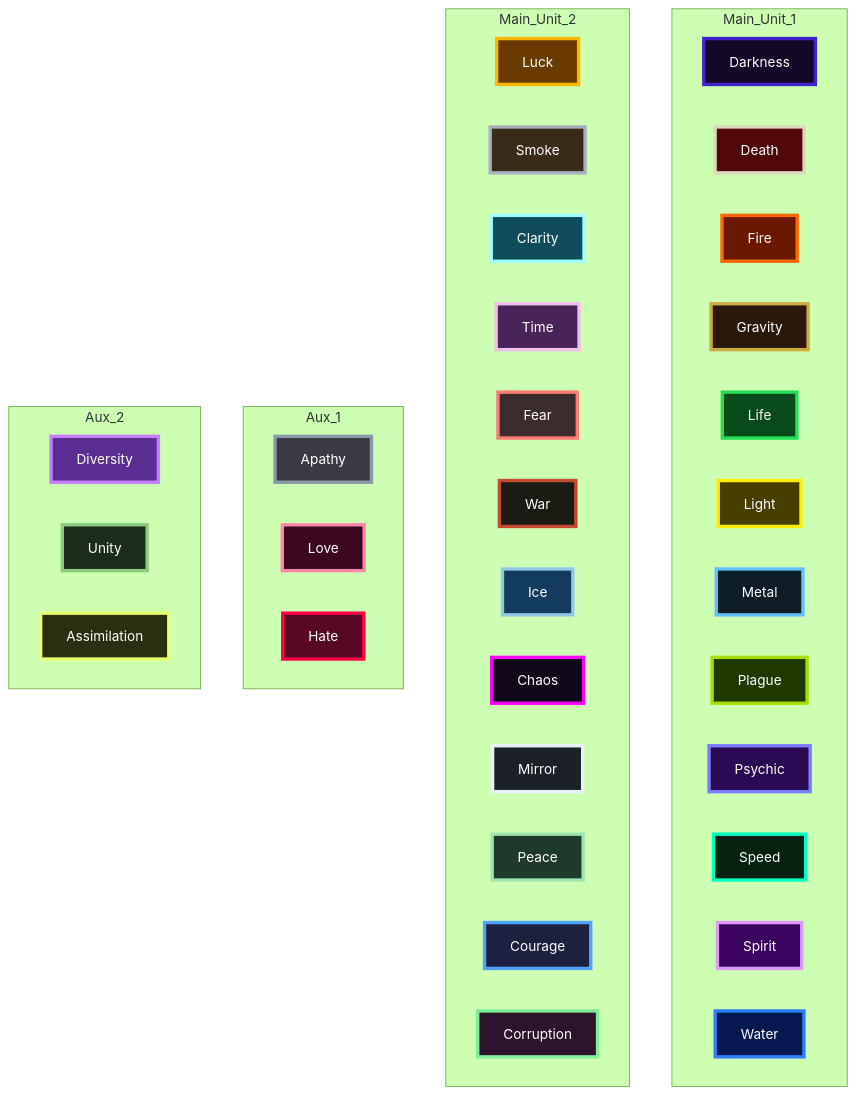
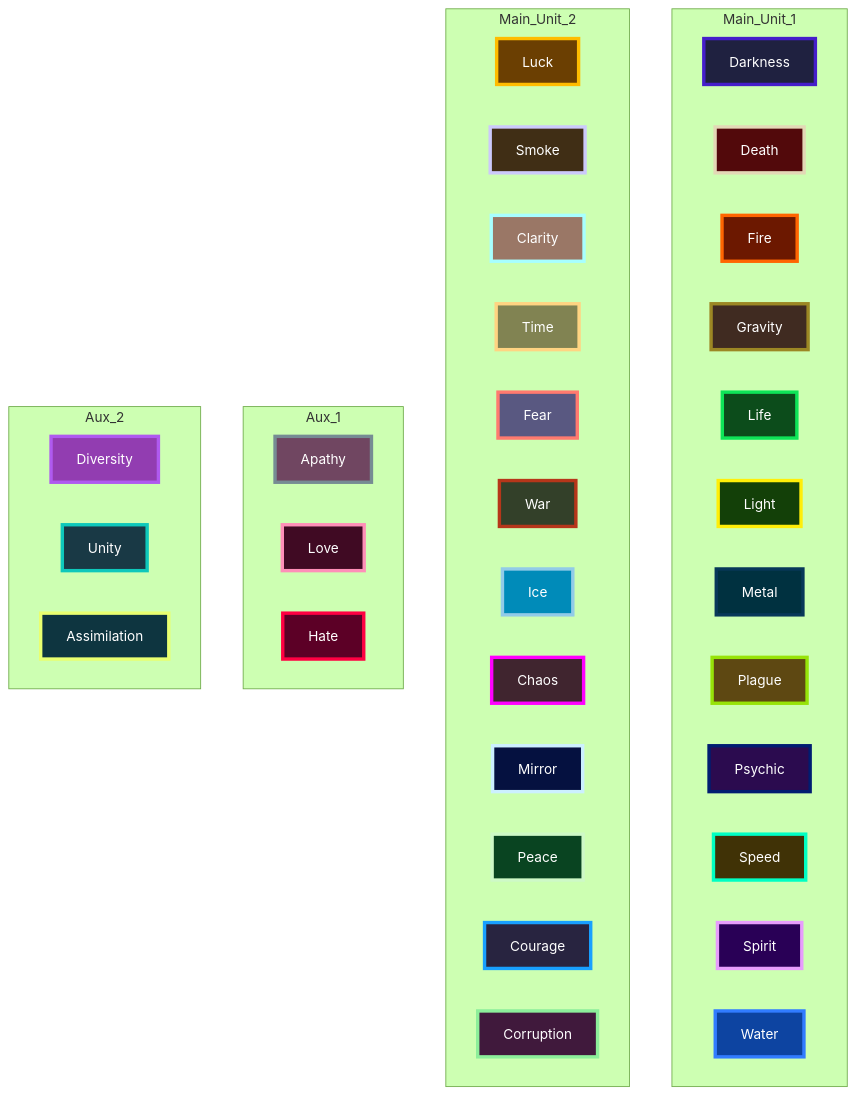
The diagram in docs/protocol-color-map.md (GhostRabbit/card-game), drawn with Mermaid (forest theme) before and after one commit. The commit also changed other lines of this file and 16 other files, not shown here.

````diff
--- a/docs/protocol-color-map.md
+++ b/docs/protocol-color-map.md
@@ -8,79 +8,79 @@
 ```mermaid
 flowchart TB
 
 subgraph Main_Unit_1
 DRK[Darkness]
 DTH[Death]
 FIR[Fire]
 GRV[Gravity]
 LIF[Life]
 LGT[Light]
 MTL[Metal]
 PLG[Plague]
 PSY[Psychic]
 SPD[Speed]
 SPR[Spirit]
 WTR[Water]
 end
 
 subgraph Main_Unit_2
 LCK[Luck]
 SMK[Smoke]
 CLR[Clarity]
 TIM[Time]
 FEA[Fear]
 WAR[War]
 ICE[Ice]
 CHA[Chaos]
 MIR[Mirror]
 PEA[Peace]
 CRG[Courage]
 COR[Corruption]
 end
 
 subgraph Aux_1
 APY[Apathy]
 LOV[Love]
 HAT[Hate]
 end
 
 subgraph Aux_2
 DIV[Diversity]
 UNI[Unity]
 ASM[Assimilation]
 end
 
-style APY fill:#3a3a44,stroke:#8899aa,stroke-width:4px,color:#ffffff
-style DRK fill:#140828,stroke:#4422cc,stroke-width:4px,color:#ffffff
-style DTH fill:#500808,stroke:#ddd8bb,stroke-width:4px,color:#ffffff
-style FIR fill:#6a1800,stroke:#ff6600,stroke-width:4px,color:#ffffff
-style MTL fill:#0e1c28,stroke:#60c0ff,stroke-width:4px,color:#ffffff
-style PLG fill:#1e3a00,stroke:#aadd00,stroke-width:4px,color:#ffffff
-style PSY fill:#2a0a52,stroke:#7a7dff,stroke-width:4px,color:#ffffff
-style SPD fill:#04220f,stroke:#00ffc2,stroke-width:4px,color:#ffffff
-style SPR fill:#3c0260,stroke:#dd99ff,stroke-width:4px,color:#ffffff
-style WTR fill:#061850,stroke:#2f7dff,stroke-width:4px,color:#ffffff
+style APY fill:#704661,stroke:#768c93,stroke-width:4px,color:#ffffff
+style DRK fill:#1f2140,stroke:#451eca,stroke-width:4px,color:#ffffff
+style DTH fill:#52090b,stroke:#e3d8b6,stroke-width:4px,color:#ffffff
+style FIR fill:#6c1800,stroke:#ff6501,stroke-width:4px,color:#ffffff
+style MTL fill:#003140,stroke:#083859,stroke-width:4px,color:#ffffff
+style PLG fill:#5e4812,stroke:#97e308,stroke-width:4px,color:#ffffff
+style PSY fill:#2b0b4f,stroke:#001d71,stroke-width:4px,color:#ffffff
+style SPD fill:#403206,stroke:#00ffc3,stroke-width:4px,color:#ffffff
+style SPR fill:#290056,stroke:#e79dfc,stroke-width:4px,color:#ffffff
+style WTR fill:#0d44a1,stroke:#317cff,stroke-width:4px,color:#ffffff
 
-style GRV fill:#2a1808,stroke:#ccaa44,stroke-width:4px,color:#ffffff
-style LIF fill:#084a1a,stroke:#22dd55,stroke-width:4px,color:#ffffff
-style LGT fill:#483e00,stroke:#ffee00,stroke-width:4px,color:#ffffff
-style LCK fill:#6a3b00,stroke:#ffb703,stroke-width:4px,color:#ffffff
-style SMK fill:#3a2a18,stroke:#a8b0c0,stroke-width:4px,color:#ffffff
-style CLR fill:#0f4c5c,stroke:#9ffcff,stroke-width:4px,color:#ffffff
-style TIM fill:#4a235a,stroke:#f1c0e8,stroke-width:4px,color:#ffffff
-style FEA fill:#3d2c2e,stroke:#ff7b72,stroke-width:4px,color:#ffffff
-style WAR fill:#1a1c14,stroke:#c44b2b,stroke-width:4px,color:#ffffff
-style ICE fill:#123b5d,stroke:#8ecae6,stroke-width:4px,color:#ffffff
-style CHA fill:#100818,stroke:#ff00ff,stroke-width:4px,color:#ffffff
-style MIR fill:#1c2028,stroke:#e8f0f8,stroke-width:4px,color:#ffffff
-style PEA fill:#1d3a2a,stroke:#9be7b0,stroke-width:4px,color:#ffffff
-style CRG fill:#1e2040,stroke:#4da3ff,stroke-width:4px,color:#ffffff
-style COR fill:#2d132c,stroke:#80ed99,stroke-width:4px,color:#ffffff
+style GRV fill:#402b21,stroke:#9c8724,stroke-width:4px,color:#ffffff
+style LIF fill:#0c4c1b,stroke:#0ee458,stroke-width:4px,color:#ffffff
+style LGT fill:#134008,stroke:#ffee09,stroke-width:4px,color:#ffffff
+style LCK fill:#6b3f02,stroke:#ffbc00,stroke-width:4px,color:#ffffff
+style SMK fill:#402e15,stroke:#ccc9fb,stroke-width:4px,color:#ffffff
+style CLR fill:#9a7766,stroke:#a7ffff,stroke-width:4px,color:#ffffff
+style TIM fill:#818352,stroke:#ffd482,stroke-width:4px,color:#ffffff
+style FEA fill:#595881,stroke:#ff7a6f,stroke-width:4px,color:#ffffff
+style WAR fill:#334029,stroke:#b6361a,stroke-width:4px,color:#ffffff
+style ICE fill:#008bb9,stroke:#92cbe8,stroke-width:4px,color:#ffffff
+style CHA fill:#40252f,stroke:#ff00ff,stroke-width:4px,color:#ffffff
+style MIR fill:#051140,stroke:#ccf0ff,stroke-width:4px,color:#ffffff
+style PEA fill:#094421,stroke:#cef9c7,stroke-width:4px,color:#ffffff
+style CRG fill:#282440,stroke:#18a0ff,stroke-width:4px,color:#ffffff
+style COR fill:#40193c,stroke:#8cee9a,stroke-width:4px,color:#ffffff
 
-style LOV fill:#3c0820,stroke:#ff88aa,stroke-width:4px,color:#ffffff
-style HAT fill:#580820,stroke:#ff0044,stroke-width:4px,color:#ffffff
+style LOV fill:#400a23,stroke:#fe8fb8,stroke-width:4px,color:#ffffff
+style HAT fill:#5c0026,stroke:#ff0042,stroke-width:4px,color:#ffffff
 
-style DIV fill:#5b2d91,stroke:#c77dff,stroke-width:4px,color:#ffffff
-style UNI fill:#1c2c1a,stroke:#88cc80,stroke-width:4px,color:#ffffff
-style ASM fill:#2a2f10,stroke:#e9ff70,stroke-width:4px,color:#ffffff
+style DIV fill:#923db1,stroke:#af5aef,stroke-width:4px,color:#ffffff
+style UNI fill:#193945,stroke:#0ec8bb,stroke-width:4px,color:#ffffff
+style ASM fill:#0e3540,stroke:#e9ff70,stroke-width:4px,color:#ffffff
 ```
````
